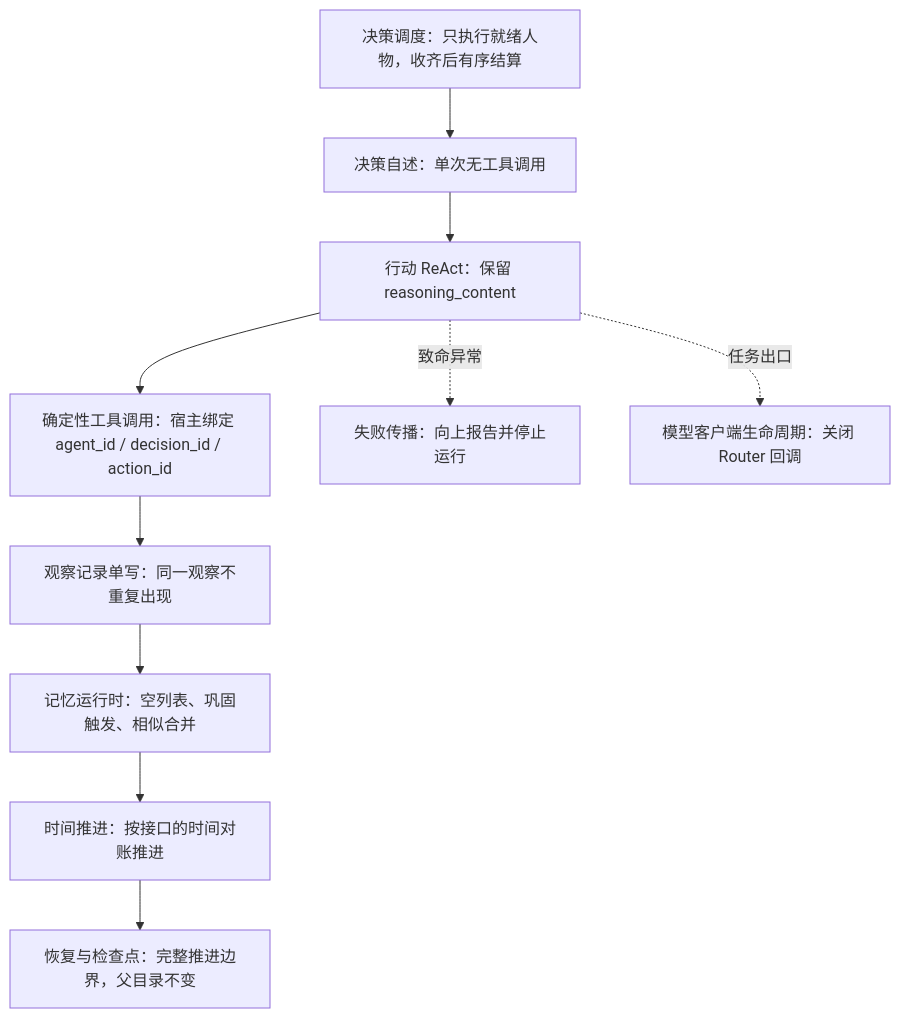
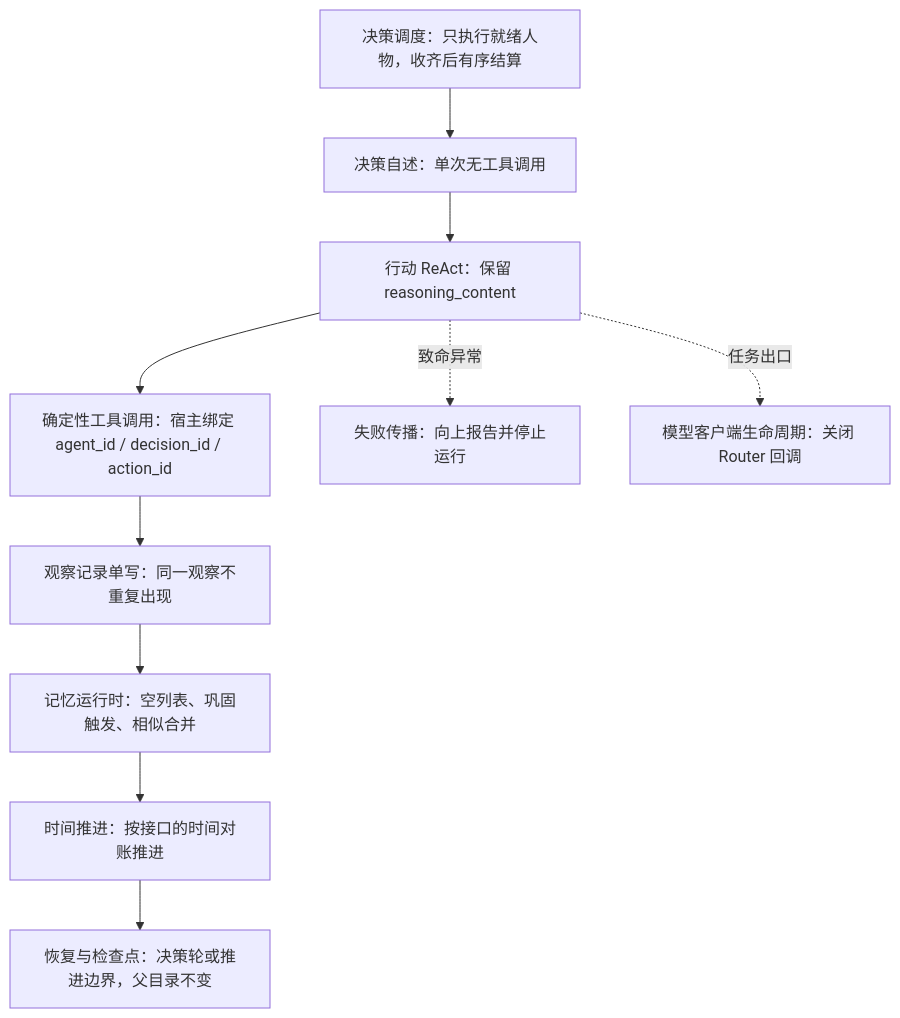
One commit to HoldThatThgt/WorldMock changed the diagram in docs/dev/SPEC-as2-integration.md. Above: the diagram before and after it, drawn with Mermaid. The commit also changed other lines of this file and 28 other files, not shown here.

````diff
--- a/docs/dev/SPEC-as2-integration.md
+++ b/docs/dev/SPEC-as2-integration.md
@@ -56,12 +56,12 @@
 ```mermaid
 flowchart TD
     S[决策调度：只执行就绪人物，收齐后有序结算] --> MONO[决策自述：单次无工具调用]
     MONO --> ACT[行动 ReAct：保留 reasoning_content]
     ACT --> TOOL[确定性工具调用：宿主绑定 agent_id / decision_id / action_id]
     TOOL --> MSG[观察记录单写：同一观察不重复出现]
     MSG --> MEM[记忆运行时：空列表、巩固触发、相似合并]
     MEM --> ADV[时间推进：按接口的时间对账推进]
-    ADV --> CK[恢复与检查点：完整推进边界，父目录不变]
+    ADV --> CK[恢复与检查点：决策轮或推进边界，父目录不变]
     ACT -.致命异常.-> FAIL[失败传播：向上报告并停止运行]
     ACT -.任务出口.-> LIFE[模型客户端生命周期：关闭 Router 回调]
 ```
````
